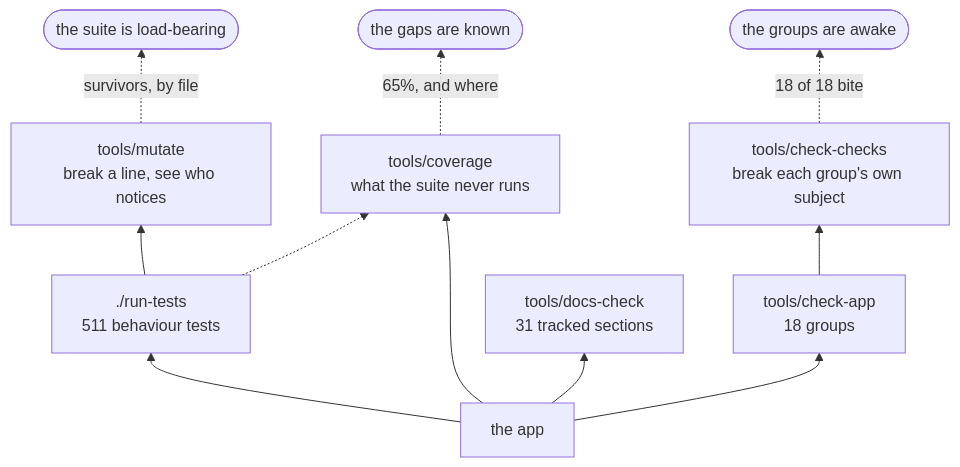
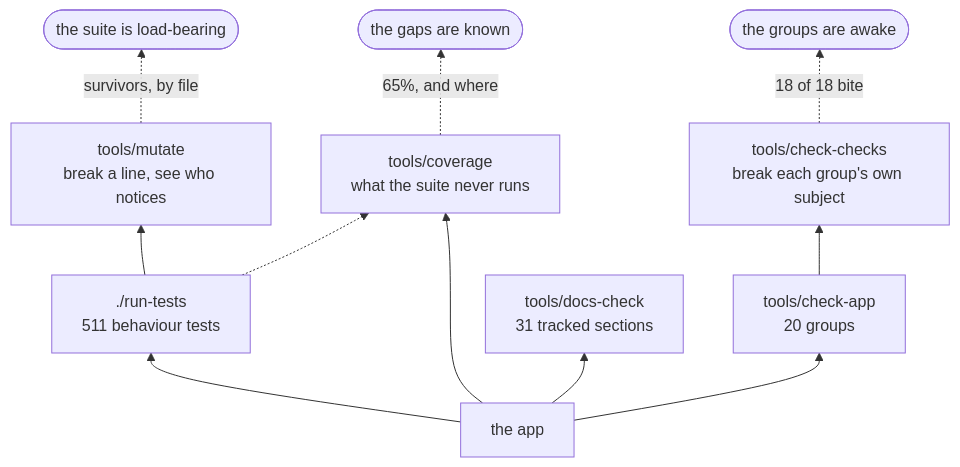
Before and after one commit to minormending/crystal-pilot-mobile: the second of 2 diagrams in docs/DEVELOPING.md, drawn with Mermaid. The commit also changed other lines of this file and 4 other files, not shown here.

````diff
--- a/docs/DEVELOPING.md
+++ b/docs/DEVELOPING.md
@@ -118,13 +118,13 @@
 ```mermaid
 flowchart BT
     C["the app"] --> T["./run-tests<br/>511 behaviour tests"]
-    C --> A["tools/check-app<br/>18 groups"]
+    C --> A["tools/check-app<br/>20 groups"]
     C --> D["tools/docs-check<br/>31 tracked sections"]
     C --> V["tools/coverage<br/>what the suite never runs"]
     T --> M["tools/mutate<br/>break a line, see who notices"]
     A --> K["tools/check-checks<br/>break each group's own subject"]
     T -.-> V
     M -.->|"survivors, by file"| R(["the suite is load-bearing"])
     K -.->|"18 of 18 bite"| R2(["the groups are awake"])
     V -.->|"65%, and where"| R3(["the gaps are known"])
 ```
````
